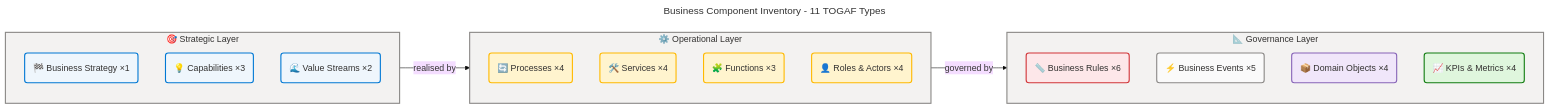
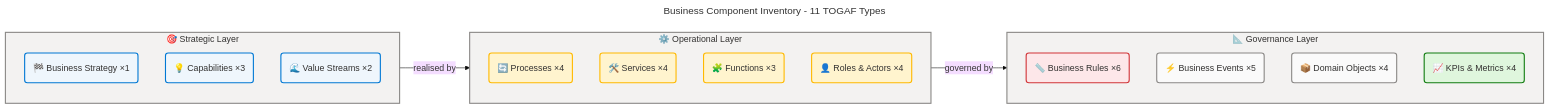
One commit to Evilazaro/Azure-LogicApps-Monitoring changed the second of 6 diagrams in docs/architecture/business-architecture.md. Above: the diagram before and after it, drawn with Mermaid. The commit also changed other lines of this file, not shown here.

Commit message:
style: Update class definitions in business architecture diagrams to use 'neutral' for data elements

````diff
--- a/docs/architecture/business-architecture.md
+++ b/docs/architecture/business-architecture.md
@@ -111,62 +109,60 @@
 ```mermaid
 ---
 title: Business Component Inventory - 11 TOGAF Types
 config:
   theme: base
   look: classic
   layout: dagre
   themeVariables:
     fontSize: '16px'
   flowchart:
     htmlLabels: true
 ---
 flowchart LR
     accTitle: Business Component Inventory Overview
     accDescr: High-level inventory of all 11 TOGAF 10 Business Architecture component types detected in the workspace, showing counts per type and their classification groupings.
 
     %% ═══════════════════════════════════════════════════════════════════════════
     %% AZURE / FLUENT ARCHITECTURE PATTERN v1.1
     %% (Semantic + Structural + Font + Accessibility Governance)
     %% ═══════════════════════════════════════════════════════════════════════════
     %% PHASE 1 - FLUENT UI: All styling uses approved Fluent UI palette only
     %% PHASE 2 - GROUPS: Every subgraph has semantic color via style directive
     %% PHASE 3 - COMPONENTS: Every node has semantic classDef + icon prefix
     %% PHASE 4 - ACCESSIBILITY: accTitle/accDescr present, WCAG AA contrast
     %% PHASE 5 - STANDARD: Governance block present, classDefs centralized
     %% ═══════════════════════════════════════════════════════════════════════════
 
     subgraph strategic["🎯 Strategic Layer"]
         s1("🏁 Business Strategy ×1"):::core
         s2("💡 Capabilities ×3"):::core
         s3("🌊 Value Streams ×2"):::core
     end
 
     subgraph operational["⚙️ Operational Layer"]
         o1("🔄 Processes ×4"):::warning
         o2("🛠️ Services ×4"):::warning
         o3("🧩 Functions ×3"):::warning
         o4("👤 Roles & Actors ×4"):::warning
     end
 
     subgraph governance["📐 Governance Layer"]
         g1("📏 Business Rules ×6"):::danger
         g2("⚡ Business Events ×5"):::neutral
-        g3("📦 Domain Objects ×4"):::data
+        g3("📦 Domain Objects ×4"):::neutral
         g4("📈 KPIs & Metrics ×4"):::success
     end
 
     strategic -->|"realised by"| operational
     operational -->|"governed by"| governance
 
     style strategic fill:#F3F2F1,stroke:#8A8886,stroke-width:2px,color:#323130
     style operational fill:#F3F2F1,stroke:#8A8886,stroke-width:2px,color:#323130
     style governance fill:#F3F2F1,stroke:#8A8886,stroke-width:2px,color:#323130
 
     classDef neutral fill:#FAFAFA,stroke:#8A8886,stroke-width:2px,color:#323130
     classDef core fill:#EFF6FC,stroke:#0078D4,stroke-width:2px,color:#323130
     classDef success fill:#DFF6DD,stroke:#107C10,stroke-width:2px,color:#323130
     classDef warning fill:#FFF4CE,stroke:#FFB900,stroke-width:2px,color:#323130
     classDef danger fill:#FDE7E9,stroke:#D13438,stroke-width:2px,color:#323130
-    classDef data fill:#F0E6FA,stroke:#8764B8,stroke-width:2px,color:#323130
-    classDef external fill:#E0F7F7,stroke:#038387,stroke-width:2px,color:#323130
 ```
````
